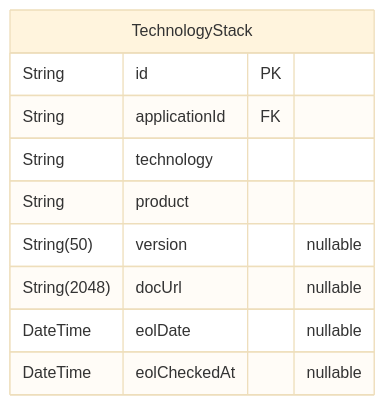
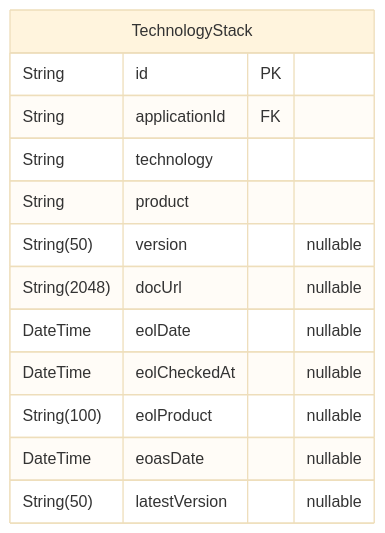
One commit to dnum-mi/referentiel-applications changed diagram 13 of 14 in backend/prisma/docs/schema.md. Above: the diagram before and after it, drawn with Mermaid (base theme). The commit also changed other lines of this file and 11 other files, not shown here.

Commit message:
feat(technology): complete endoflife.date EOL verification (#1789)

````diff
--- a/backend/prisma/docs/schema.md
+++ b/backend/prisma/docs/schema.md
@@ -1099,13 +1099,16 @@
 ```mermaid
 erDiagram
 "TechnologyStack" {
   String id PK
   String applicationId FK
   String technology
   String product
   String(50) version "nullable"
   String(2048) docUrl "nullable"
   DateTime eolDate "nullable"
   DateTime eolCheckedAt "nullable"
+  String(100) eolProduct "nullable"
+  DateTime eoasDate "nullable"
+  String(50) latestVersion "nullable"
 }
 ```
````
